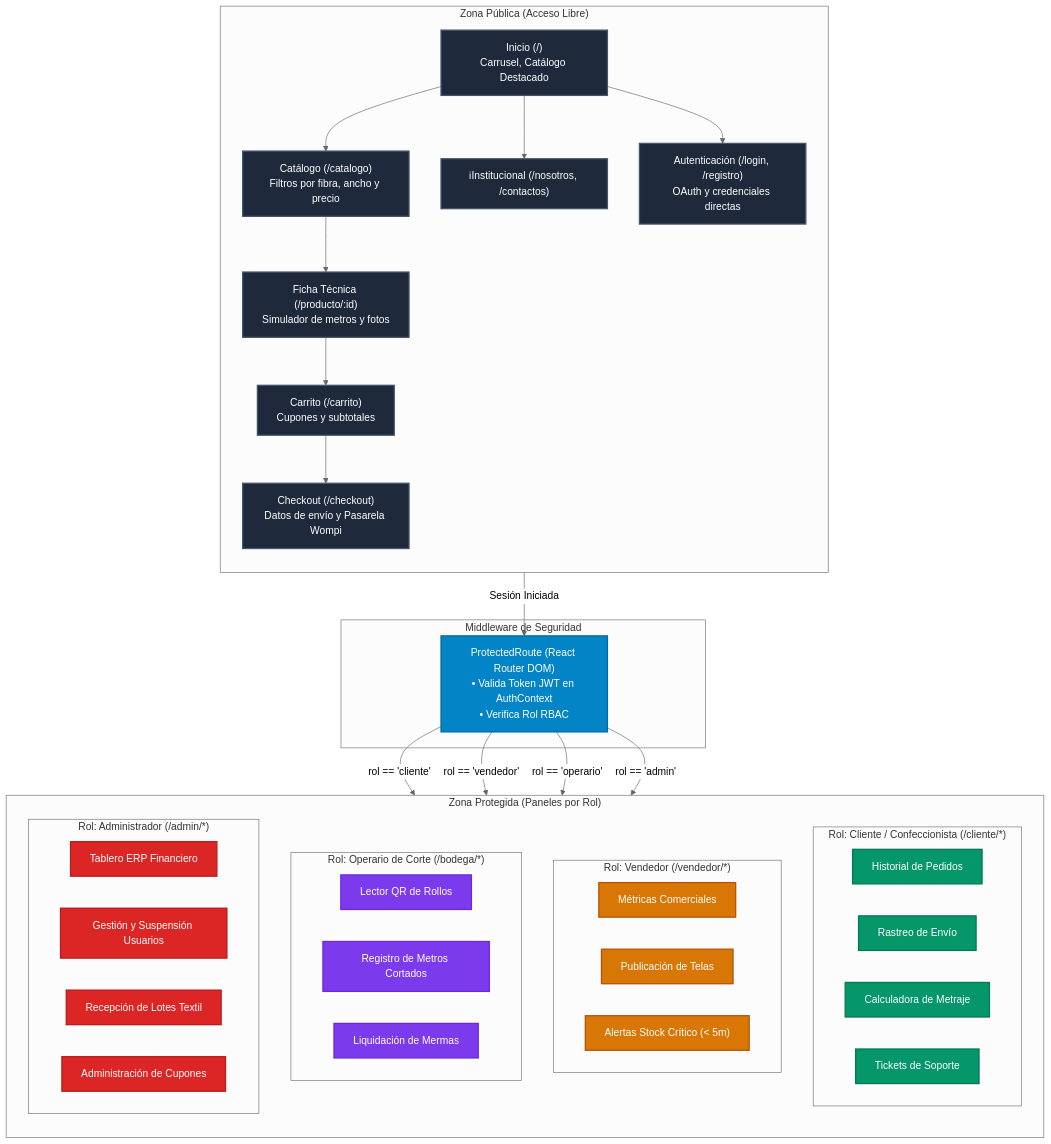
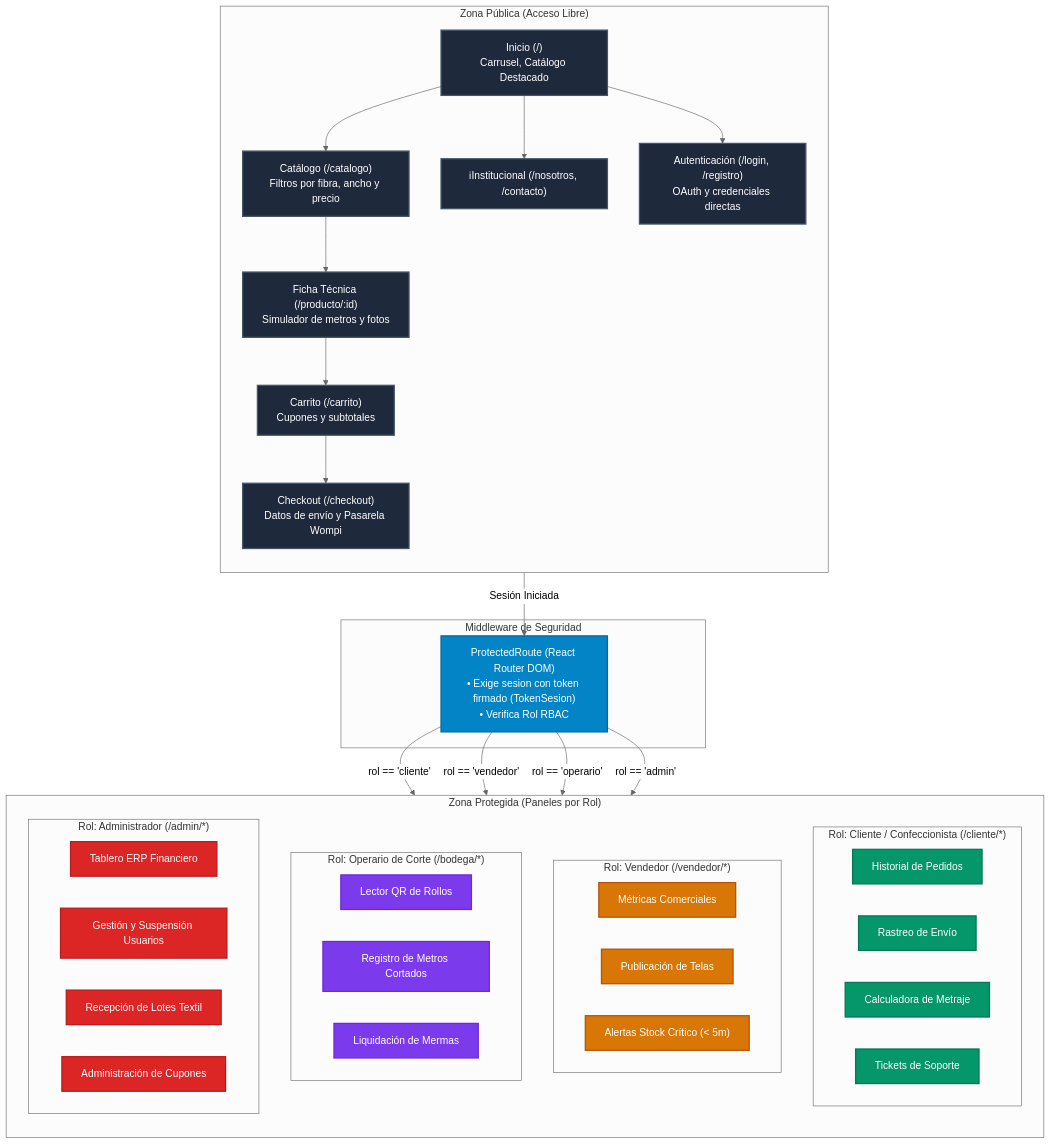
Before and after one commit to Jhonmoreno000/PROYECTO-SENA-TIENDA-TEXTIL-: the diagram in documentacion/03-arquitectura-frontend-y-roles.md, drawn with Mermaid (neutral theme). The commit also changed other lines of this file and 55 other files, not shown here.

Commit message:
docs: rehacer documentacion, diagramas, contrato OpenAPI y matriz v3 segun el codigo de main (#39)

````diff
--- a/documentacion/03-arquitectura-frontend-y-roles.md
+++ b/documentacion/03-arquitectura-frontend-y-roles.md
@@ -103,64 +91,64 @@
 ```mermaid
 flowchart TD
     classDef publicStyle fill:#1e293b,stroke:#475569,stroke-width:2px,color:#ffffff,font-family:sans-serif;
     classDef authStyle fill:#0284c7,stroke:#0369a1,stroke-width:2px,color:#ffffff,font-family:sans-serif;
     classDef clientStyle fill:#059669,stroke:#047857,stroke-width:2px,color:#ffffff,font-family:sans-serif;
     classDef sellerStyle fill:#d97706,stroke:#b45309,stroke-width:2px,color:#ffffff,font-family:sans-serif;
     classDef operStyle fill:#7c3aed,stroke:#6d28d9,stroke-width:2px,color:#ffffff,font-family:sans-serif;
     classDef adminStyle fill:#dc2626,stroke:#b91c1c,stroke-width:2px,color:#ffffff,font-family:sans-serif;
 
     subgraph ZonaPublica ["Zona Pública (Acceso Libre)"]
         direction TB
         Home["Inicio (/)<br/>Carrusel, Catálogo Destacado"]:::publicStyle
         Catalogo["Catálogo (/catalogo)<br/>Filtros por fibra, ancho y precio"]:::publicStyle
         Detalle["Ficha Técnica (/producto/:id)<br/>Simulador de metros y fotos"]:::publicStyle
         Carrito["Carrito (/carrito)<br/>Cupones y subtotales"]:::publicStyle
         Checkout["Checkout (/checkout)<br/>Datos de envío y Pasarela Wompi"]:::publicStyle
         Login["Autenticación (/login, /registro)<br/>OAuth y credenciales directas"]:::publicStyle
-        Institucional["ℹInstitucional (/nosotros, /contactos)"]:::publicStyle
+        Institucional["ℹInstitucional (/nosotros, /contacto)"]:::publicStyle
 
         Home --> Catalogo --> Detalle --> Carrito --> Checkout
         Home --> Institucional
         Home --> Login
     end
 
     subgraph GuardiaSeguridad ["Middleware de Seguridad"]
-        ProtectedRoute["ProtectedRoute (React Router DOM)<br/>• Valida Token JWT en AuthContext<br/>• Verifica Rol RBAC"]:::authStyle
+        ProtectedRoute["ProtectedRoute (React Router DOM)<br/>• Exige sesion con token firmado (TokenSesion)<br/>• Verifica Rol RBAC"]:::authStyle
     end
 
     subgraph ZonaProtegida ["Zona Protegida (Paneles por Rol)"]
         direction TB
 
         subgraph PanelCliente ["Rol: Cliente / Confeccionista (/cliente/*)"]
             Cli1["Historial de Pedidos"]:::clientStyle
             Cli2["Rastreo de Envío"]:::clientStyle
             Cli3["Calculadora de Metraje"]:::clientStyle
             Cli4["Tickets de Soporte"]:::clientStyle
         end
 
         subgraph PanelVendedor ["Rol: Vendedor (/vendedor/*)"]
             Ven1["Métricas Comerciales"]:::sellerStyle
             Ven2["Publicación de Telas"]:::sellerStyle
             Ven3["Alertas Stock Crítico (< 5m)"]:::sellerStyle
         end
 
         subgraph PanelOperario ["Rol: Operario de Corte (/bodega/*)"]
             Op1["Lector QR de Rollos"]:::operStyle
             Op2["Registro de Metros Cortados"]:::operStyle
             Op3["Liquidación de Mermas"]:::operStyle
         end
 
         subgraph PanelAdmin ["Rol: Administrador (/admin/*)"]
             Adm1["Tablero ERP Financiero"]:::adminStyle
             Adm2["Gestión y Suspensión Usuarios"]:::adminStyle
             Adm3["Recepción de Lotes Textil"]:::adminStyle
             Adm4["Administración de Cupones"]:::adminStyle
         end
     end
 
     Login -->|Sesión Iniciada| ProtectedRoute
     ProtectedRoute -->|rol == 'cliente'| PanelCliente
     ProtectedRoute -->|rol == 'vendedor'| PanelVendedor
     ProtectedRoute -->|rol == 'operario'| PanelOperario
     ProtectedRoute -->|rol == 'admin'| PanelAdmin
 ```
````
